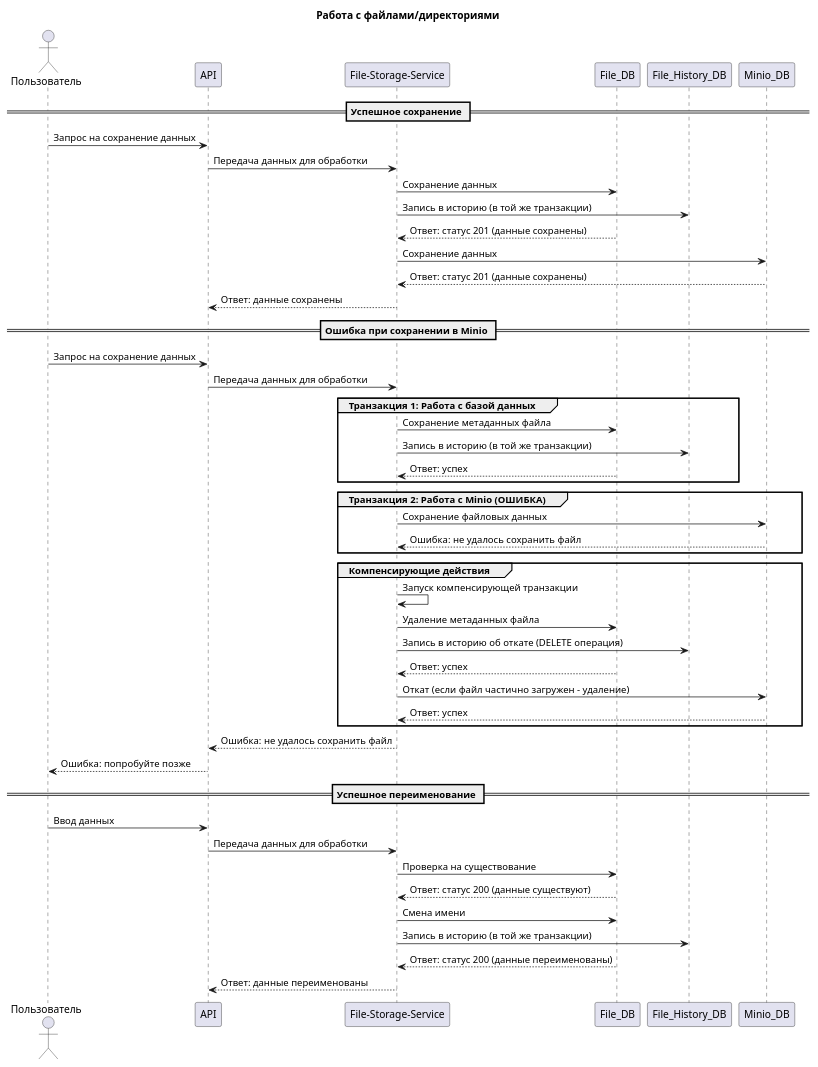
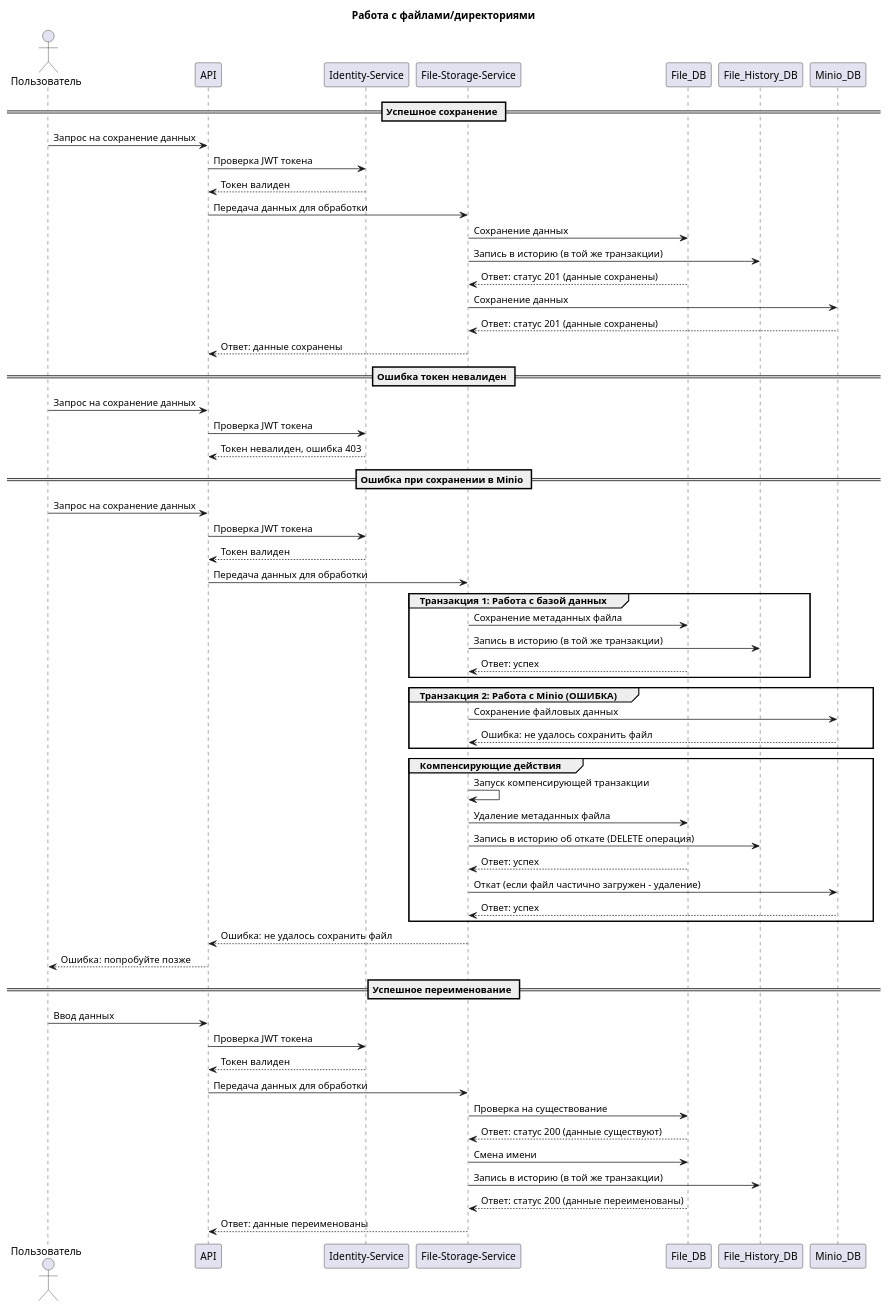
The diagram in uml/FileDirCreationReach.puml (QuitEnough/lawDocs), drawn with PlantUML before and after one commit. The commit also changed 3 other files, not shown here.

```diff
--- a/uml/FileDirCreationReach.puml
+++ b/uml/FileDirCreationReach.puml
@@ -1,63 +1,75 @@
 @startuml
 title Работа с файлами/директориями
 
 actor "Пользователь" as User
 participant "API" as API
+participant "Identity-Service" as IS
 participant "File-Storage-Service" as FS
 participant "File_DB" as FDB
 participant "File_History_DB" as FHDB
 participant "Minio_DB" as MDB
 
 == Успешное сохранение ==
 User -> API : Запрос на сохранение данных
+API -> IS : Проверка JWT токена
+IS --> API : Токен валиден
 API -> FS : Передача данных для обработки
 
 FS -> FDB : Сохранение данных
 FS -> FHDB : Запись в историю (в той же транзакции)
 FDB --> FS : Ответ: статус 201 (данные сохранены)
 
 FS -> MDB : Сохранение данных
 MDB --> FS : Ответ: статус 201 (данные сохранены)
 FS --> API : Ответ: данные сохранены
 
 
+== Ошибка токен невалиден ==
+User -> API : Запрос на сохранение данных
+API -> IS : Проверка JWT токена
+IS --> API : Токен невалиден, ошибка 403
+
 == Ошибка при сохранении в Minio ==
 User -> API : Запрос на сохранение данных
+API -> IS : Проверка JWT токена
+IS --> API : Токен валиден
 API -> FS : Передача данных для обработки
 
 group Транзакция 1: Работа с базой данных
 FS -> FDB : Сохранение метаданных файла
 FS -> FHDB : Запись в историю (в той же транзакции)
 FDB --> FS : Ответ: успех
 end
 
 group Транзакция 2: Работа с Minio (ОШИБКА)
 FS -> MDB : Сохранение файловых данных
 MDB --> FS : Ошибка: не удалось сохранить файл
 end
 
 group Компенсирующие действия
 FS -> FS : Запуск компенсирующей транзакции
 FS -> FDB : Удаление метаданных файла
 FS -> FHDB : Запись в историю об откате (DELETE операция)
 FDB --> FS : Ответ: успех
 FS -> MDB : Откат (если файл частично загружен - удаление)
 MDB --> FS : Ответ: успех
 end
 
 FS --> API : Ошибка: не удалось сохранить файл
 API --> User : Ошибка: попробуйте позже
 
 
 == Успешное переименование ==
 User -> API : Ввод данных
+API -> IS : Проверка JWT токена
+IS --> API : Токен валиден
 API -> FS : Передача данных для обработки
 FS -> FDB : Проверка на существование
 FDB --> FS : Ответ: статус 200 (данные существуют)
 
 FS -> FDB : Смена имени
 FS -> FHDB : Запись в историю (в той же транзакции)
 FDB --> FS : Ответ: статус 200 (данные переименованы)
 FS --> API : Ответ: данные переименованы
 
 @enduml
```
